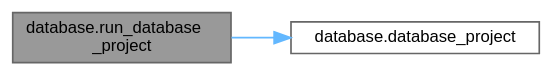
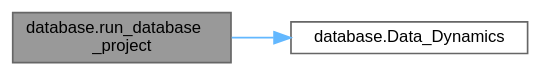
One commit to GrenManSK/ZnamE changed the diagram in da/df2/namespacedatabase_a7541741a9bd73f03d9e0cab9fe100f7f_cgraph.dot. Above: the diagram before and after it, drawn with Graphviz. The commit also changed 422 other files, not shown here.

```diff
--- a/da/df2/namespacedatabase_a7541741a9bd73f03d9e0cab9fe100f7f_cgraph.dot
+++ b/da/df2/namespacedatabase_a7541741a9bd73f03d9e0cab9fe100f7f_cgraph.dot
@@ -1,11 +1,11 @@
 digraph "database.run_database_project"
 {
  // LATEX_PDF_SIZE
   bgcolor="transparent";
   edge [fontname=Helvetica,fontsize=10,labelfontname=Helvetica,labelfontsize=10];
   node [fontname=Helvetica,fontsize=10,shape=box,height=0.2,width=0.4];
   rankdir="LR";
   Node1 [label="database.run_database\l_project",height=0.2,width=0.4,color="gray40", fillcolor="grey60", style="filled", fontcolor="black",tooltip=" "];
   Node1 -> Node2 [color="steelblue1",style="solid"];
-  Node2 [label="database.database_project",height=0.2,width=0.4,color="grey40", fillcolor="white", style="filled",URL="$da/df2/namespacedatabase.html#a8b3ba447d10561dc7accd4805ba8ad0b",tooltip=" "];
+  Node2 [label="database.Data_Dynamics",height=0.2,width=0.4,color="grey40", fillcolor="white", style="filled",URL="$da/df2/namespacedatabase.html#a070a461c10402aa3794362170058bc1d",tooltip=" "];
 }
```
